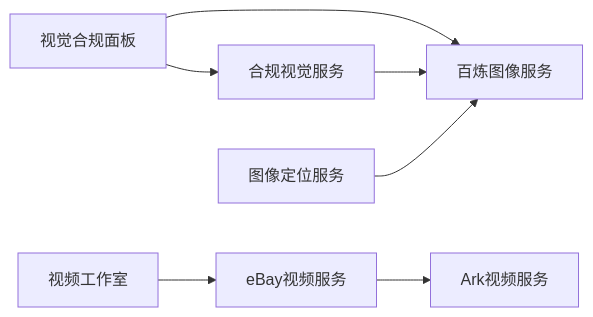
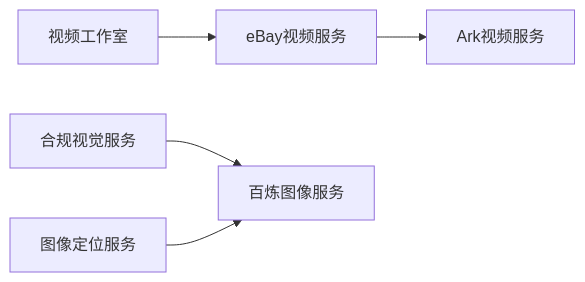
Before and after one commit to iljahofbauer219-lang/yandu: the third of 3 diagrams in .qoder/repowiki/zh/content/核心服务/AI视觉服务.md, drawn with Mermaid. The commit also changed other lines of this file and 3071 other files, not shown here.

````diff
--- a/.qoder/repowiki/zh/content/核心服务/AI视觉服务.md
+++ b/.qoder/repowiki/zh/content/核心服务/AI视觉服务.md
@@ -319,9 +225,7 @@
 ```mermaid
 graph LR
-UI_Panel["视觉合规面板"] --> Compliance["合规视觉服务"]
-UI_Panel --> Image["百炼图像服务"]
 UI_Studio["视频工作室"] --> Video["eBay视频服务"]
 Video --> Ark["Ark视频服务"]
-Compliance --> Image
+Compliance["合规视觉服务"] --> Image["百炼图像服务"]
 Grounding["图像定位服务"] --> Image
 ```
````
